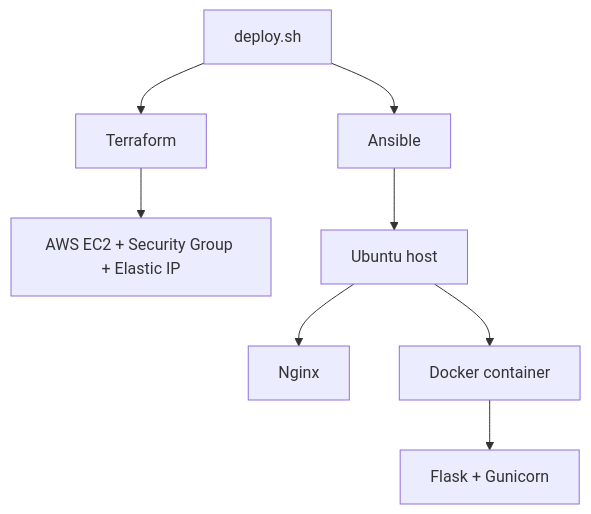
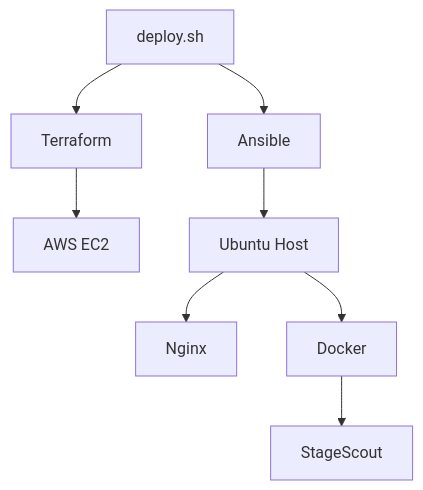
Before and after one commit to zivhm/StageScout: the second of 2 diagrams in README.md, drawn with Mermaid. The commit also changed other lines of this file and 2 other files, not shown here.

````diff
--- a/README.md
+++ b/README.md
@@ -59,10 +92,10 @@
 ```mermaid
 flowchart TD
     D[deploy.sh] --> TF[Terraform]
-    TF --> AWS[AWS EC2 + Security Group + Elastic IP]
+    TF --> AWS[AWS EC2]
     D --> AN[Ansible]
-    AN --> HOST[Ubuntu host]
+    AN --> HOST[Ubuntu Host]
     HOST --> NG[Nginx]
-    HOST --> DOCKER[Docker container]
-    DOCKER --> APP[Flask + Gunicorn]
+    HOST --> DC[Docker]
+    DC --> APP[StageScout]
 ```
````
